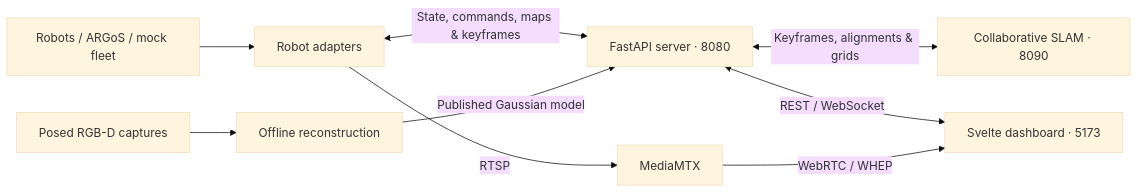
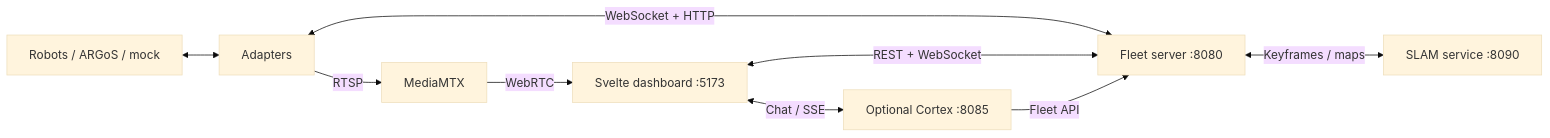
Before and after one commit to SimonR99/swarmdeck: the diagram in README.md, drawn with Mermaid (base theme). The commit also changed other lines of this file and 32 other files, not shown here.

````diff
--- a/README.md
+++ b/README.md
@@ -150,11 +36,11 @@
 ```mermaid
 flowchart LR
-    Robots["Robots / ARGoS / mock fleet"] --> Adapters["Robot adapters"]
-    Adapters <-->|"State, commands, maps & keyframes"| Server["FastAPI server · 8080"]
-    Server <-->|"Keyframes, alignments & grids"| SLAM["Collaborative SLAM · 8090"]
-    Server <-->|"REST / WebSocket"| UI["Svelte dashboard · 5173"]
+    Robots["Robots / ARGoS / mock"] <--> Adapters["Adapters"]
+    Adapters <-->|"WebSocket + HTTP"| Server["Fleet server :8080"]
+    Server <-->|"Keyframes / maps"| SLAM["SLAM service :8090"]
+    UI["Svelte dashboard :5173"] <-->|"REST + WebSocket"| Server
+    UI <-->|"Chat / SSE"| Cortex["Optional Cortex :8085"]
+    Cortex -->|"Fleet API"| Server
     Adapters -->|RTSP| Media["MediaMTX"]
-    Media -->|"WebRTC / WHEP"| UI
-    RGBD["Posed RGB-D captures"] --> Trainer["Offline reconstruction"]
-    Trainer -->|"Published Gaussian model"| Server
+    Media -->|WebRTC| UI
 ```
````
